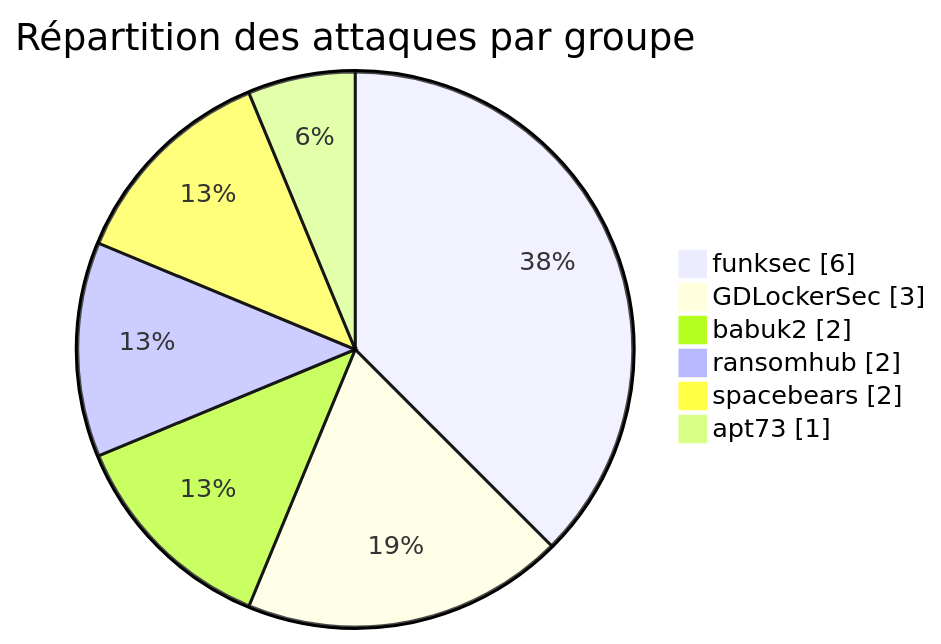
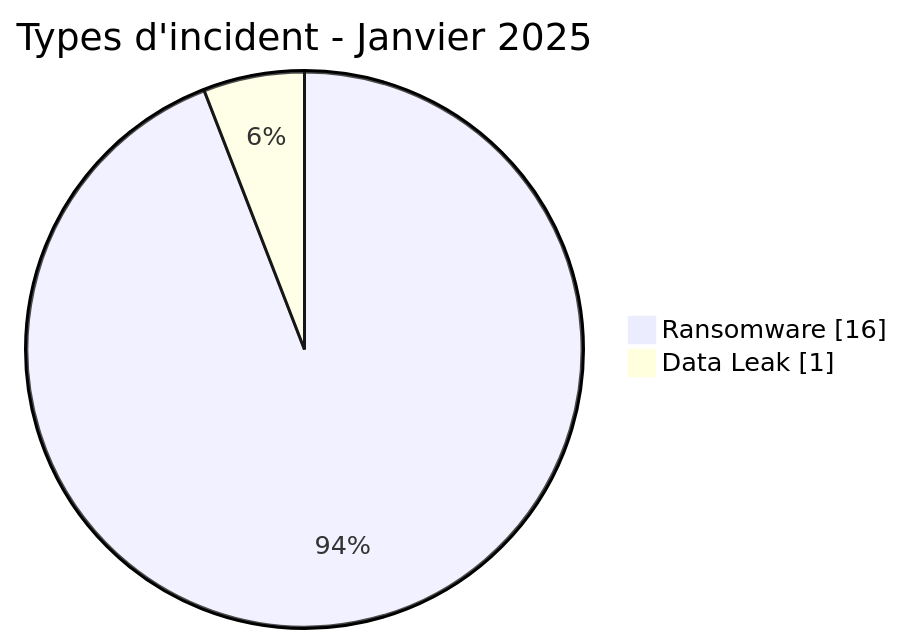
One commit to Hatchepsoute/AFRINTEL changed the first of 7 diagrams in CyberAttackAfrica/2025/01-january/README_FR.md. Above: the diagram before and after it, drawn with Mermaid. The commit also changed other lines of this file and 45 other files, not shown here.

````diff
--- a/CyberAttackAfrica/2025/01-january/README_FR.md
+++ b/CyberAttackAfrica/2025/01-january/README_FR.md
@@ -35,10 +65,6 @@
 ```mermaid
 pie showData
-    title Répartition des attaques par groupe
-    "funksec" : 6
-    "GDLockerSec" : 3
-    "babuk2" : 2
-    "ransomhub" : 2
-    "spacebears" : 2
-    "apt73" : 1
+    title Types d'incident - Janvier 2025
+    "Ransomware" : 16
+    "Data Leak" : 1
 ```
````
